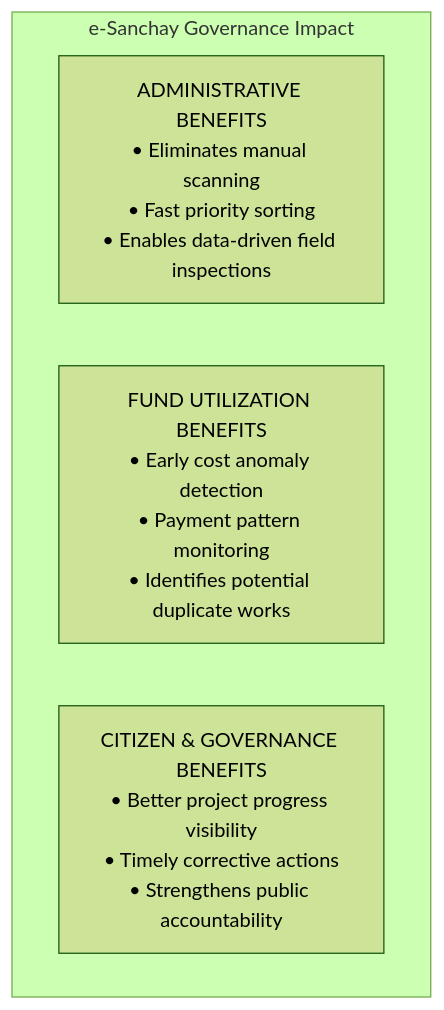
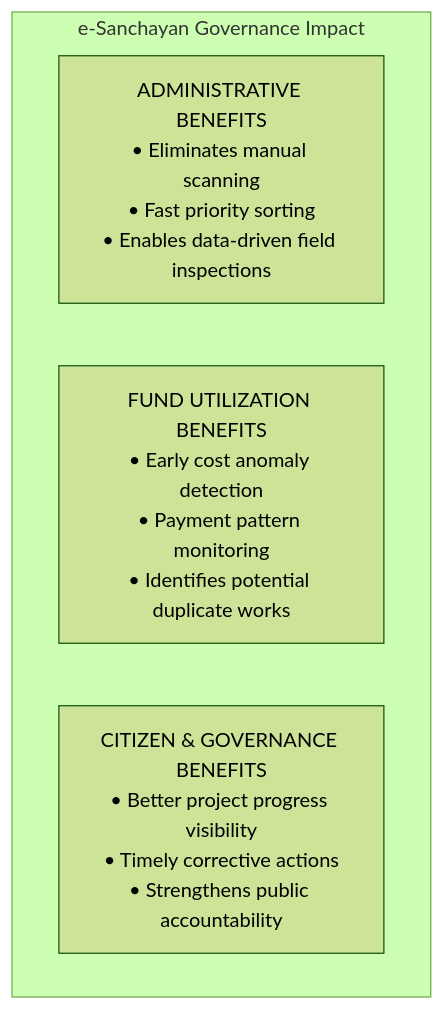
One commit to prince7z/MPLads changed the ninth of 10 diagrams in README.md. Above: the diagram before and after it, drawn with Mermaid (forest theme). The commit also changed other lines of this file, not shown here.

Commit message:
docs: update project name to e-Sanchayan in README

````diff
--- a/README.md
+++ b/README.md
@@ -231,8 +231,8 @@
 ```mermaid
 flowchart TD
-    subgraph Benefits ["e-Sanchay Governance Impact"]
+    subgraph Benefits ["e-Sanchayan Governance Impact"]
         B1["ADMINISTRATIVE BENEFITS<br/>• Eliminates manual scanning<br/>• Fast priority sorting<br/>• Enables data-driven field inspections"]
         B2["FUND UTILIZATION BENEFITS<br/>• Early cost anomaly detection<br/>• Payment pattern monitoring<br/>• Identifies potential duplicate works"]
         B3["CITIZEN & GOVERNANCE BENEFITS<br/>• Better project progress visibility<br/>• Timely corrective actions<br/>• Strengthens public accountability"]
     end
 ```
````
